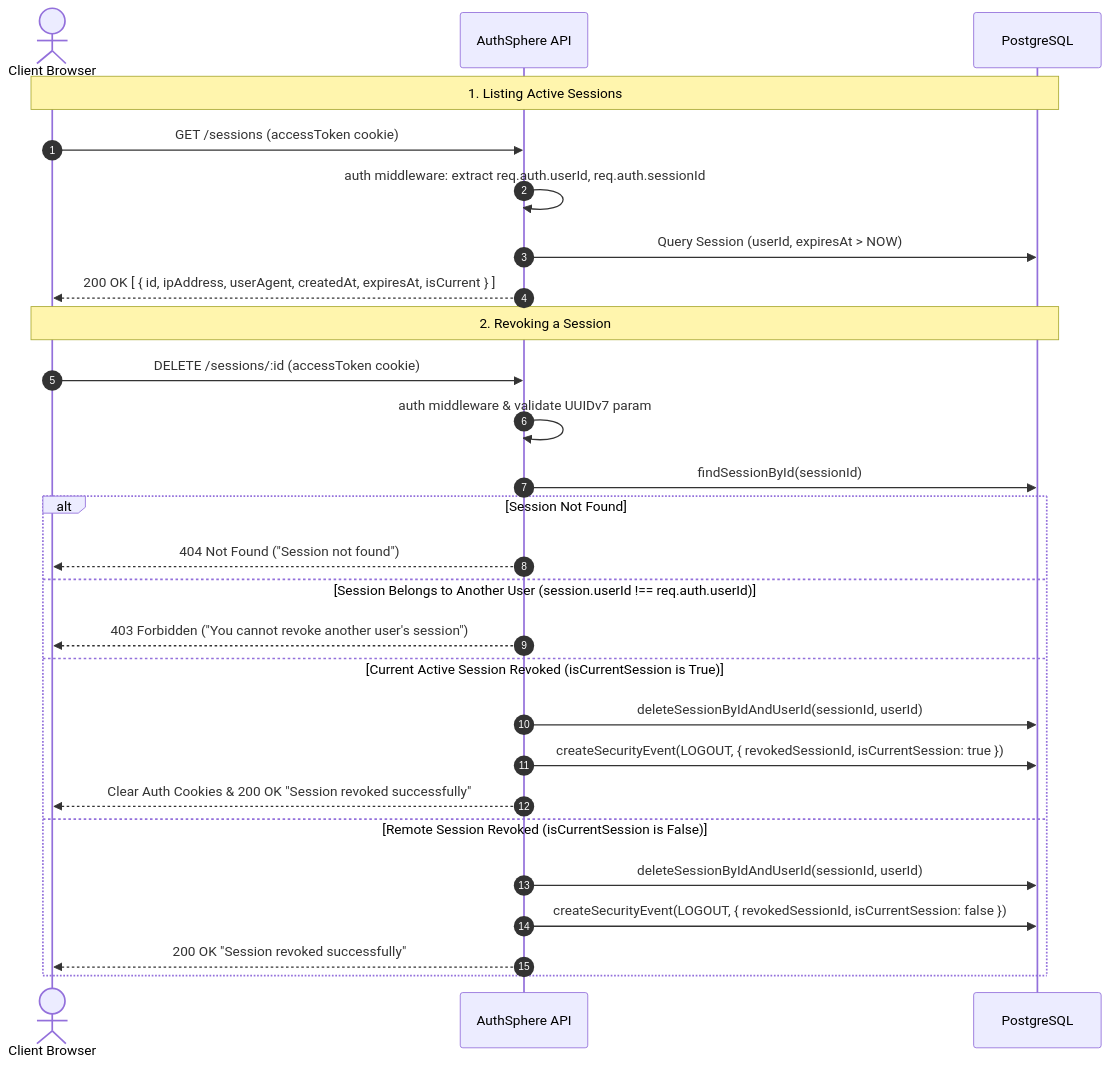
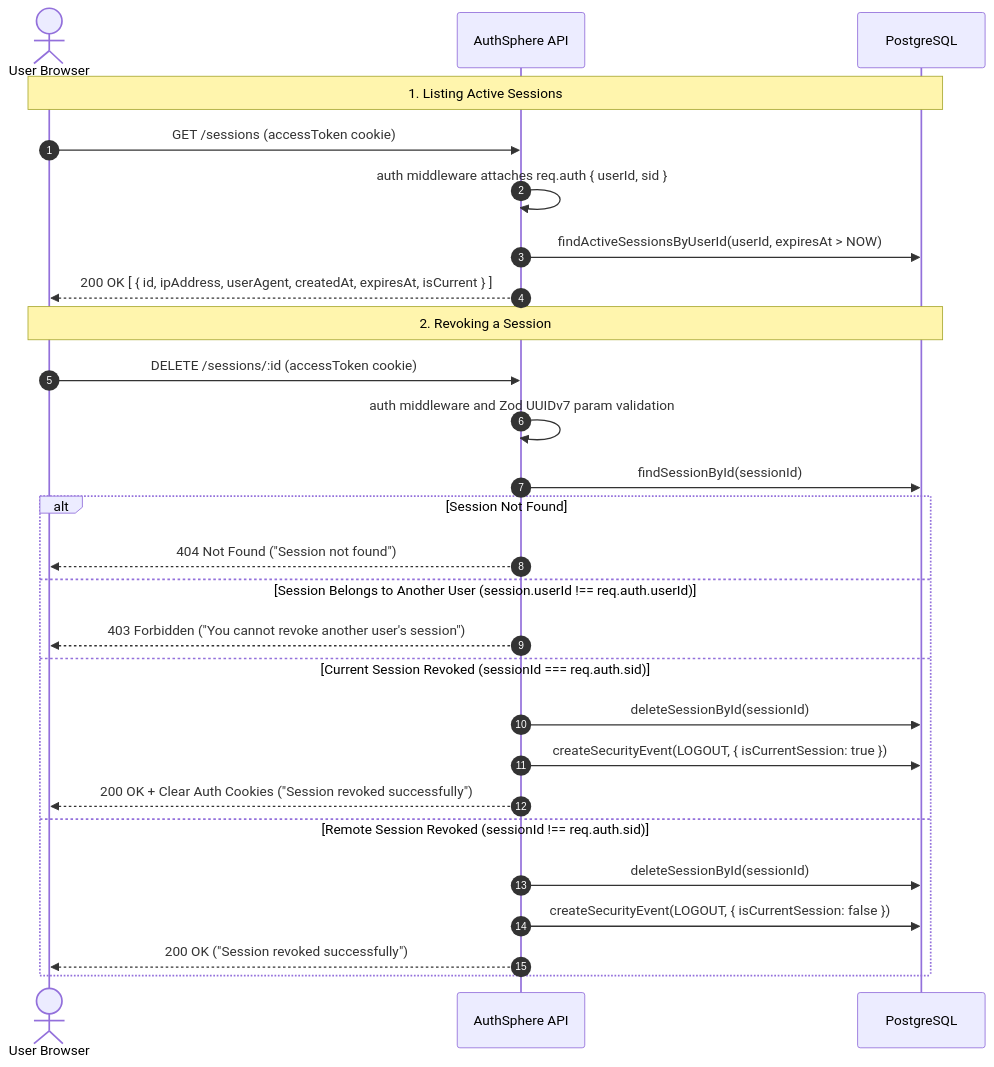
The sixth of 9 diagrams in docs/ARCHITECTURE.md (utkarshj014/authsphere), drawn with Mermaid before and after one commit. The commit also changed other lines of this file and 6 other files, not shown here.

````diff
--- a/docs/ARCHITECTURE.md
+++ b/docs/ARCHITECTURE.md
@@ -449,31 +473,31 @@
 ```mermaid
 sequenceDiagram
     autonumber
-    actor User as Client Browser
+    actor Client as User Browser
     participant API as AuthSphere API
     participant DB as PostgreSQL
 
-    Note over User, DB: 1. Listing Active Sessions
-    User->>API: GET /sessions (accessToken cookie)
-    API->>API: auth middleware: extract req.auth.userId, req.auth.sessionId
-    API->>DB: Query Session (userId, expiresAt > NOW)
-    API-->>User: 200 OK [ { id, ipAddress, userAgent, createdAt, expiresAt, isCurrent } ]
+    Note over Client, DB: 1. Listing Active Sessions
+    Client->>API: GET /sessions (accessToken cookie)
+    API->>API: auth middleware attaches req.auth { userId, sid }
+    API->>DB: findActiveSessionsByUserId(userId, expiresAt > NOW)
+    API-->>Client: 200 OK [ { id, ipAddress, userAgent, createdAt, expiresAt, isCurrent } ]
 
-    Note over User, DB: 2. Revoking a Session
-    User->>API: DELETE /sessions/:id (accessToken cookie)
-    API->>API: auth middleware & validate UUIDv7 param
+    Note over Client, DB: 2. Revoking a Session
+    Client->>API: DELETE /sessions/:id (accessToken cookie)
+    API->>API: auth middleware and Zod UUIDv7 param validation
     API->>DB: findSessionById(sessionId)
     alt Session Not Found
-        API-->>User: 404 Not Found ("Session not found")
+        API-->>Client: 404 Not Found ("Session not found")
     else Session Belongs to Another User (session.userId !== req.auth.userId)
-        API-->>User: 403 Forbidden ("You cannot revoke another user's session")
-    else Current Active Session Revoked (isCurrentSession is True)
-        API->>DB: deleteSessionByIdAndUserId(sessionId, userId)
-        API->>DB: createSecurityEvent(LOGOUT, { revokedSessionId, isCurrentSession: true })
-        API-->>User: Clear Auth Cookies & 200 OK "Session revoked successfully"
-    else Remote Session Revoked (isCurrentSession is False)
-        API->>DB: deleteSessionByIdAndUserId(sessionId, userId)
-        API->>DB: createSecurityEvent(LOGOUT, { revokedSessionId, isCurrentSession: false })
-        API-->>User: 200 OK "Session revoked successfully"
+        API-->>Client: 403 Forbidden ("You cannot revoke another user's session")
+    else Current Session Revoked (sessionId === req.auth.sid)
+        API->>DB: deleteSessionById(sessionId)
+        API->>DB: createSecurityEvent(LOGOUT, { isCurrentSession: true })
+        API-->>Client: 200 OK + Clear Auth Cookies ("Session revoked successfully")
+    else Remote Session Revoked (sessionId !== req.auth.sid)
+        API->>DB: deleteSessionById(sessionId)
+        API->>DB: createSecurityEvent(LOGOUT, { isCurrentSession: false })
+        API-->>Client: 200 OK ("Session revoked successfully")
     end
 ```
````
